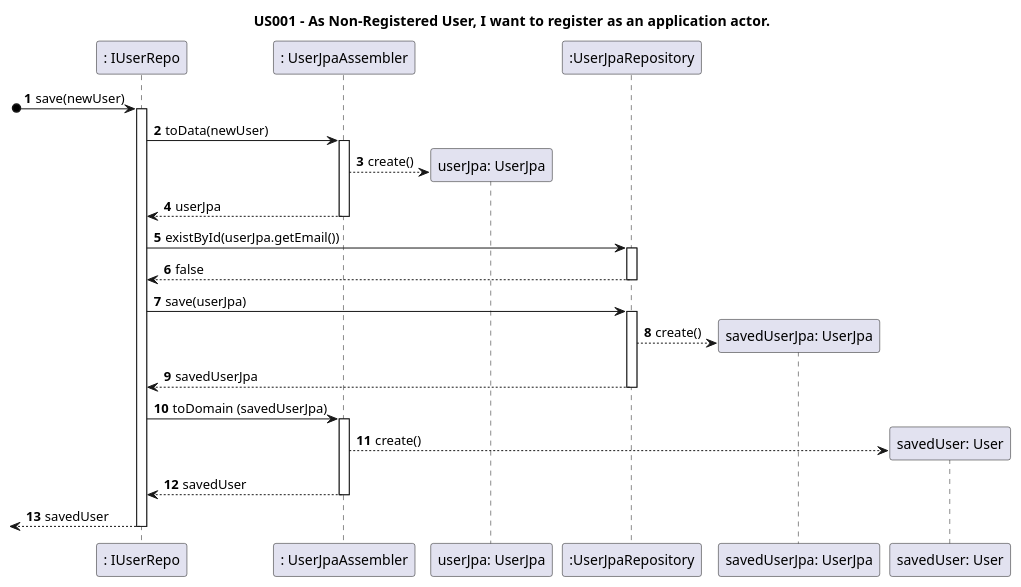
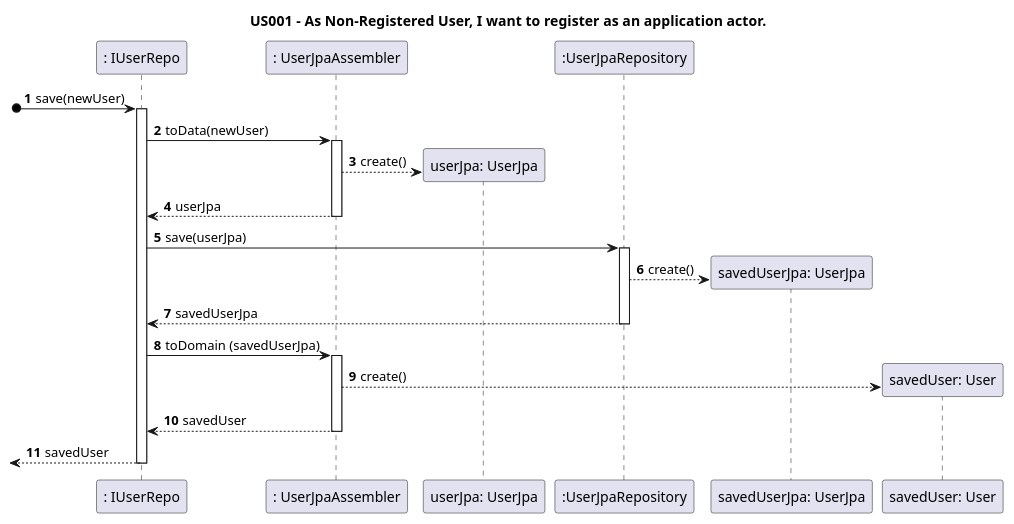
One commit to nunogon1211787/projectManagement changed the diagram in docs/Sprint1/US001/US001-SD-JPA.puml. Above: the diagram before and after it, drawn with PlantUML. The commit also changed 23 other files, not shown here.

```diff
--- a/docs/Sprint1/US001/US001-SD-JPA.puml
+++ b/docs/Sprint1/US001/US001-SD-JPA.puml
@@ -1,29 +1,27 @@
 @startuml
 title US001 - As Non-Registered User, I want to register as an application actor.
 
 autoactivate on
 autonumber
 
 participant ": IUserRepo" as Repo
 participant ": UserJpaAssembler" as Assembler
 participant "userJpa: UserJpa" as UserJPA
 participant ":UserJpaRepository" as Driver
 participant "savedUserJpa: UserJpa" as SavedJpa
 participant "savedUser: User" as User
 
 [o->Repo: save(newUser)
 Repo -> Assembler : toData(newUser)
 Assembler --> UserJPA **: create()
 return userJpa
-Repo -> Driver: existById(userJpa.getEmail())
-return false
 Repo -> Driver: save(userJpa)
 Driver --> SavedJpa**: create()
 return savedUserJpa
 Repo -> Assembler: toDomain (savedUserJpa)
 Assembler --> User **: create()
 return savedUser
 
 [<--Repo: savedUser
 
 @enduml
```
